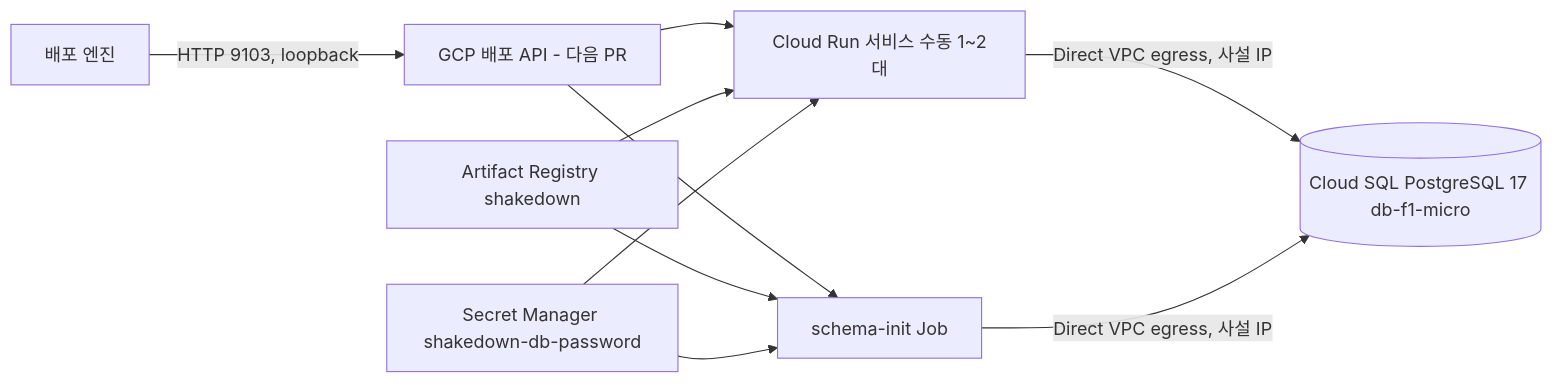
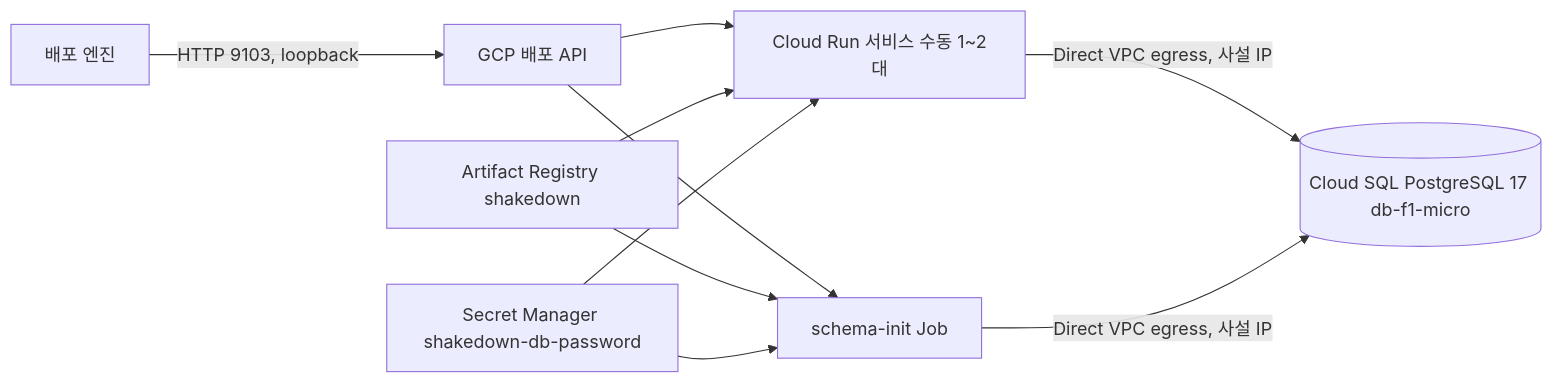
The first of 2 diagrams in infra/gcp/README.md (SoftBankHackathon/shakedown), drawn with Mermaid before and after one commit. The commit also changed other lines of this file, not shown here.

Commit message:
feat(gcp): README에 실행법·엔진 연결·오류 규칙·비용 멈추기 추가

````diff
--- a/infra/gcp/README.md
+++ b/infra/gcp/README.md
@@ -7,12 +7,12 @@
 ```mermaid
 flowchart LR
-  Engine[배포 엔진] -->|HTTP 9103, loopback| Adapter[GCP 배포 API - 다음 PR]
+  Engine[배포 엔진] -->|HTTP 9103, loopback| Adapter[GCP 배포 API]
   Adapter --> Job[schema-init Job]
   Adapter --> Run[Cloud Run 서비스 수동 1~2대]
   AR[Artifact Registry shakedown] --> Run
   AR --> Job
   Secret[Secret Manager shakedown-db-password] --> Run
   Secret --> Job
   Run -->|Direct VPC egress, 사설 IP| SQL[(Cloud SQL PostgreSQL 17 db-f1-micro)]
   Job -->|Direct VPC egress, 사설 IP| SQL
 ```
````
